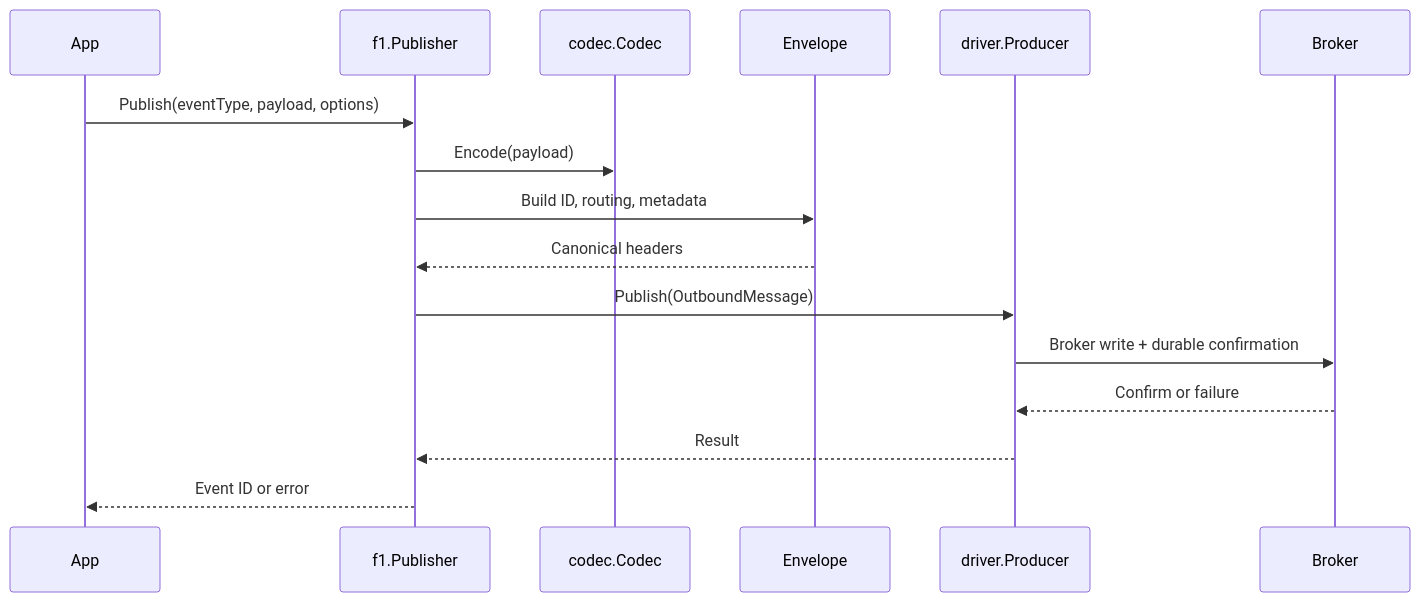
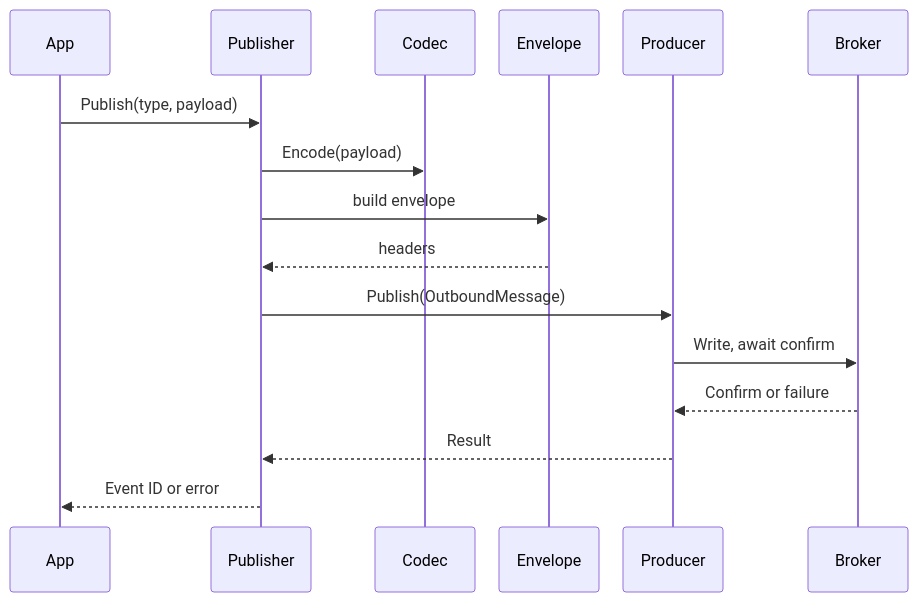
One commit to bktrung/edm_sdk changed the second of 4 diagrams in docs/development/architecture.md. Above: the diagram before and after it, drawn with Mermaid. The commit also changed other lines of this file and 242 other files, not shown here.

````diff
--- a/docs/development/architecture.md
+++ b/docs/development/architecture.md
@@ -48,19 +60,20 @@
 ```mermaid
+%%{init: {"sequence": {"actorMargin": 24, "width": 100}}}%%
 sequenceDiagram
     participant App
-    participant P as f1.Publisher
-    participant C as codec.Codec
+    participant P as Publisher
+    participant C as Codec
     participant E as Envelope
-    participant D as driver.Producer
+    participant D as Producer
     participant B as Broker
 
-    App->>P: Publish(eventType, payload, options)
+    App->>P: Publish(type, payload)
     P->>C: Encode(payload)
-    P->>E: Build ID, routing, metadata
-    E-->>P: Canonical headers
+    P->>E: build envelope
+    E-->>P: headers
     P->>D: Publish(OutboundMessage)
-    D->>B: Broker write + durable confirmation
+    D->>B: Write, await confirm
     B-->>D: Confirm or failure
     D-->>P: Result
     P-->>App: Event ID or error
 ```
````
